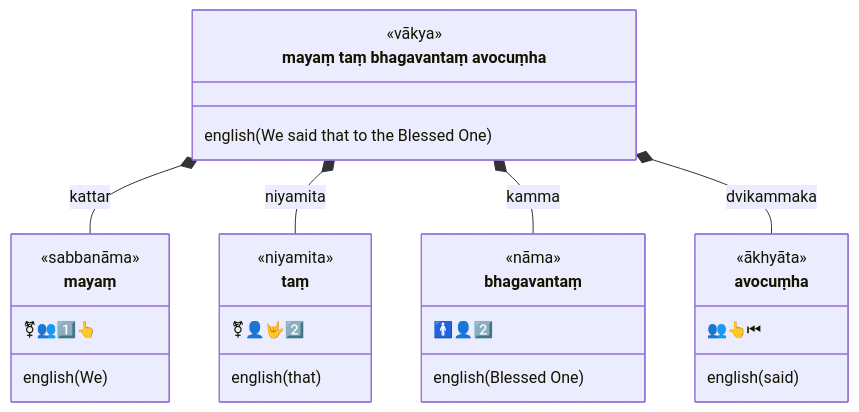
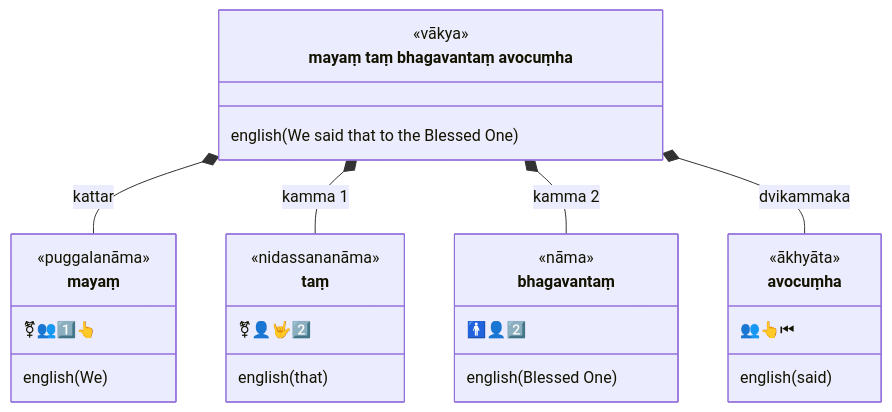
Before and after one commit to ChristineTham/buddhavacana: diagram 11 of 60 in content/en/docs/Pali/sentences.md, drawn with Mermaid. The commit also changed other lines of this file and 3 other files, not shown here.

````diff
--- a/content/en/docs/Pali/sentences.md
+++ b/content/en/docs/Pali/sentences.md
@@ -377,31 +377,31 @@
 ```mermaid
 classDiagram
   class sentence["mayaṃ taṃ bhagavantaṃ avocuṃha"] {
     <<vākya>>
     english(We said that to the Blessed One)
   }
   class mayaṃ {
-    <<sabbanāma>>
+    <<puggalanāma>>
     ⚧👥1️⃣👆
     english(We)
   }
   class taṃ {
-    <<niyamita>>
+    <<nidassananāma>>
     ⚧👤🤟2️⃣
     english(that)
   }
   class bhagavantaṃ {
     <<nāma>>
     🚹👤2️⃣
     english(Blessed One)
   }
   class avocuṃha {
     <<ākhyāta>>
      👥👆⏮
     english(said)
   }
   sentence *-- mayaṃ : kattar
-  sentence *-- taṃ : niyamita
-  sentence *-- bhagavantaṃ : kamma
+  sentence *-- taṃ : kamma 1
+  sentence *-- bhagavantaṃ : kamma 2
   sentence *-- avocuṃha: dvikammaka
 ```
````
